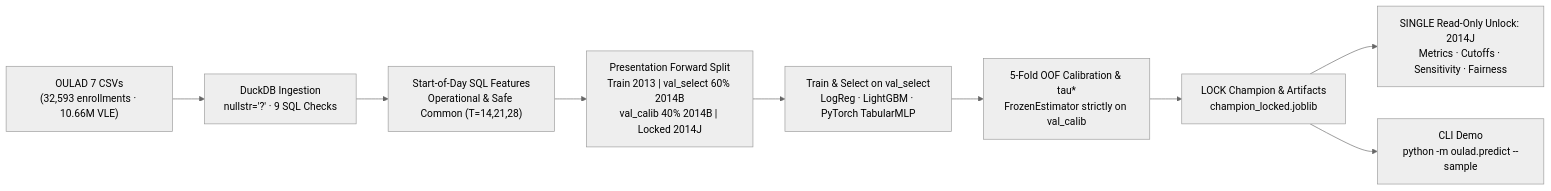
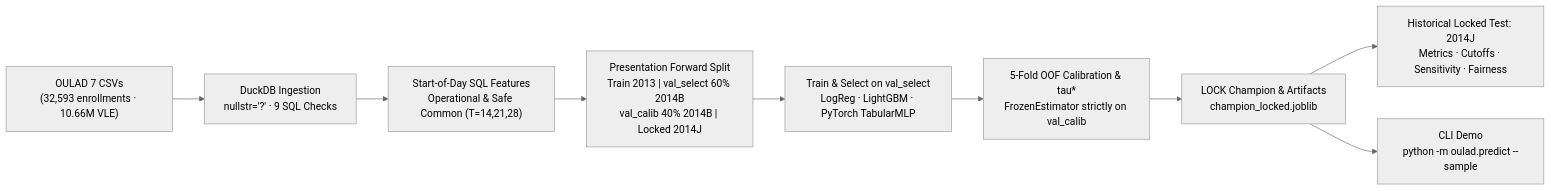
Before and after one commit to Fairy3425/oulad-early-warning: the diagram in README.md, drawn with Mermaid (neutral theme). The commit also changed other lines of this file and 12 other files, not shown here.

````diff
--- a/README.md
+++ b/README.md
@@ -17,11 +17,11 @@
 ```mermaid
 flowchart LR
     RAW["OULAD 7 CSVs<br/>(32,593 enrollments · 10.66M VLE)"] --> DB["DuckDB Ingestion<br/>nullstr='?' · 9 SQL Checks"]
     DB --> FE["Start-of-Day SQL Features<br/>Operational & Safe Common (T=14,21,28)"]
     FE --> SPLIT["Presentation Forward Split<br/>Train 2013 | val_select 60% 2014B<br/>val_calib 40% 2014B | Locked 2014J"]
     SPLIT --> MODELS["Train & Select on val_select<br/>LogReg · LightGBM · PyTorch TabularMLP"]
     MODELS --> CAL["5-Fold OOF Calibration & tau*<br/>FrozenEstimator strictly on val_calib"]
     CAL --> LOCK["LOCK Champion & Artifacts<br/>champion_locked.joblib"]
-    LOCK --> TEST["SINGLE Read-Only Unlock: 2014J<br/>Metrics · Cutoffs · Sensitivity · Fairness"]
+    LOCK --> TEST["Historical Locked Test: 2014J<br/>Metrics · Cutoffs · Sensitivity · Fairness"]
     LOCK --> CLI["CLI Demo<br/>python -m oulad.predict --sample"]
 ```
````
